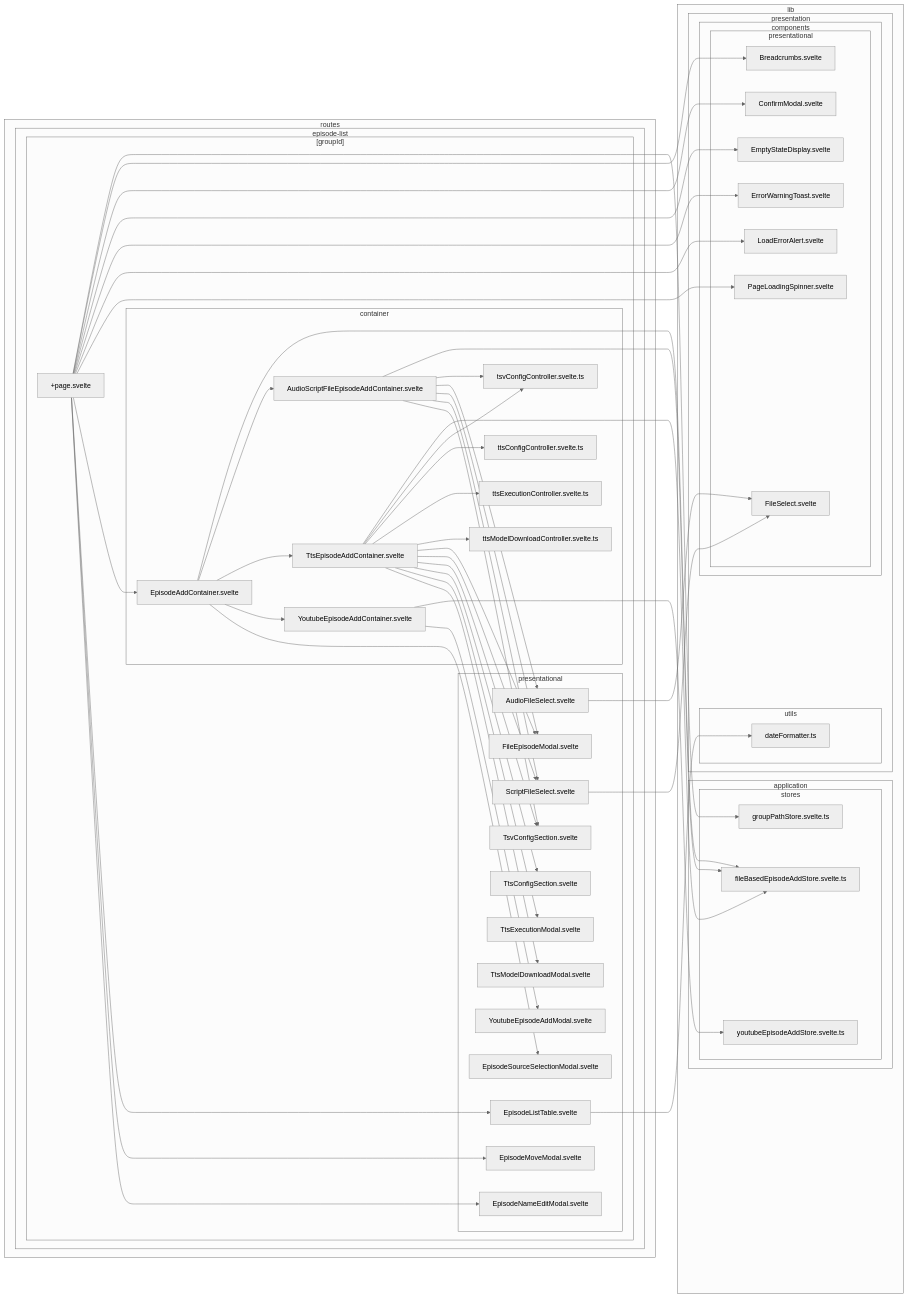
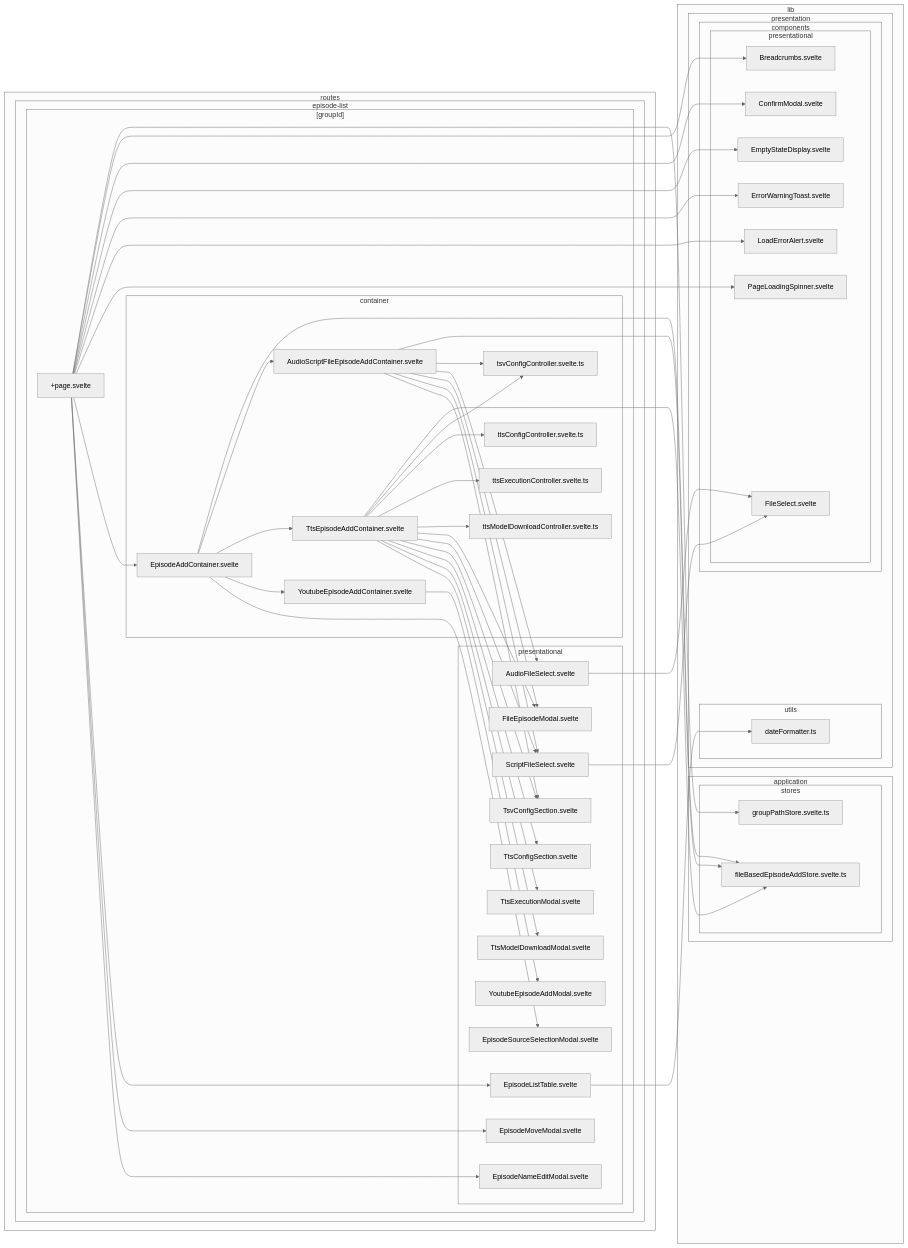
Before and after one commit to k5n/kotonoha: the second of 38 diagrams in doc/dependency-graph.md, drawn with Mermaid (neutral theme). The commit also changed 2 other files, not shown here.

Commit message:
refactor: remove youtubeEpisodeAddStore and implement direct metadata handling in YoutubeEpisodeAddContainer

```diff
--- a/doc/dependency-graph.md
+++ b/doc/dependency-graph.md
@@ -63,7 +63,6 @@
                 subgraph sg_lib_application_stores ["stores"]
                     src_lib_application_stores_fileBasedEpisodeAddStore_svelte_ts["fileBasedEpisodeAddStore.svelte.ts"]
                     src_lib_application_stores_groupPathStore_svelte_ts["groupPathStore.svelte.ts"]
-                    src_lib_application_stores_youtubeEpisodeAddStore_svelte_ts["youtubeEpisodeAddStore.svelte.ts"]
                 end
             end
             subgraph sg_lib_presentation ["presentation"]
@@ -148,7 +147,6 @@
     src_routes_episode_list__groupId__container_TtsEpisodeAddContainer_svelte --> src_routes_episode_list__groupId__presentational_TtsConfigSection_svelte
     src_routes_episode_list__groupId__container_TtsEpisodeAddContainer_svelte --> src_routes_episode_list__groupId__presentational_TtsExecutionModal_svelte
     src_routes_episode_list__groupId__container_TtsEpisodeAddContainer_svelte --> src_routes_episode_list__groupId__presentational_TtsModelDownloadModal_svelte
-    src_routes_episode_list__groupId__container_YoutubeEpisodeAddContainer_svelte --> src_lib_application_stores_youtubeEpisodeAddStore_svelte_ts
     src_routes_episode_list__groupId__container_YoutubeEpisodeAddContainer_svelte --> src_routes_episode_list__groupId__presentational_YoutubeEpisodeAddModal_svelte
     src_routes_episode_list__groupId__presentational_AudioFileSelect_svelte --> src_lib_presentation_components_presentational_FileSelect_svelte
     src_routes_episode_list__groupId__presentational_ScriptFileSelect_svelte --> src_lib_presentation_components_presentational_FileSelect_svelte
```
